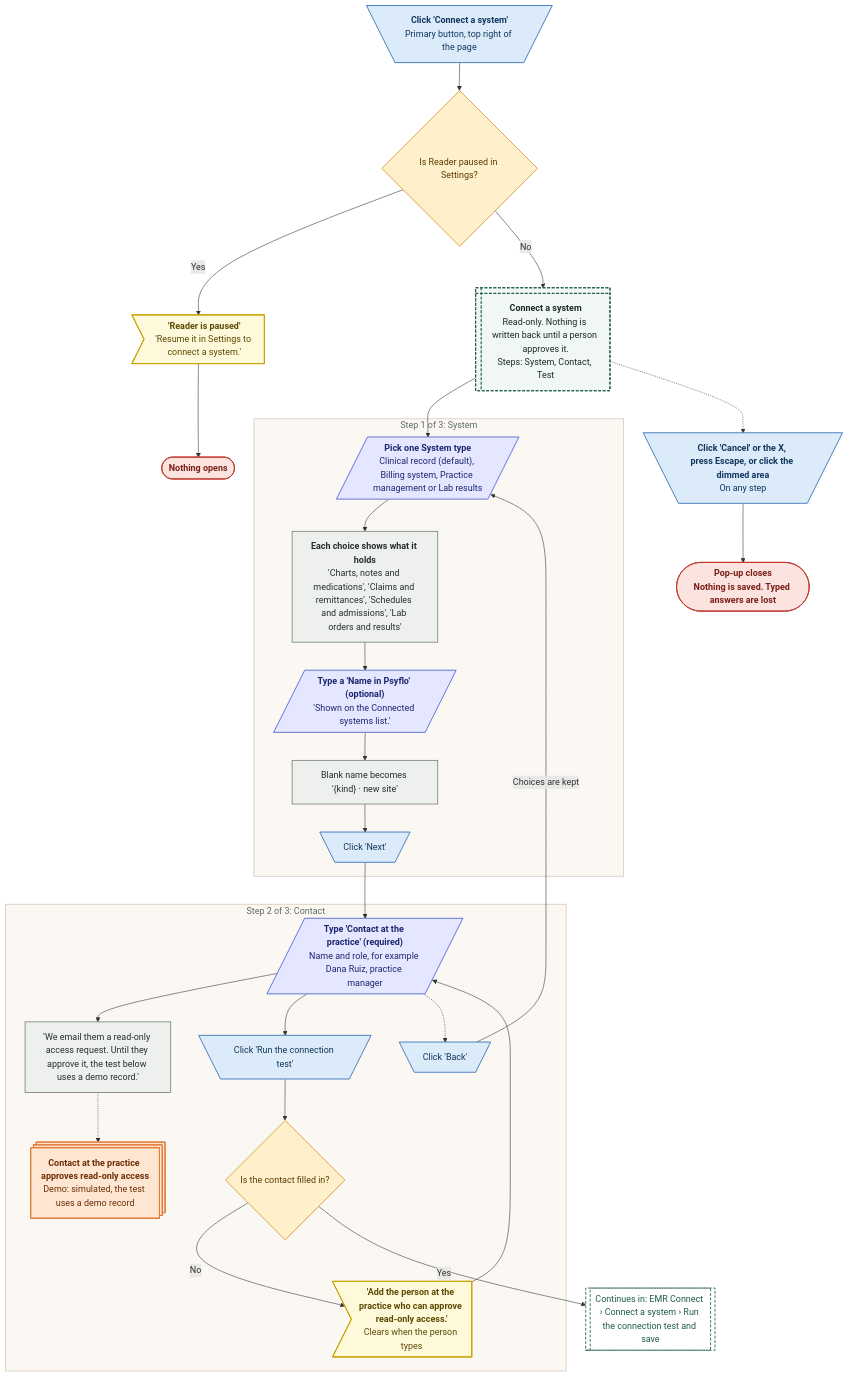
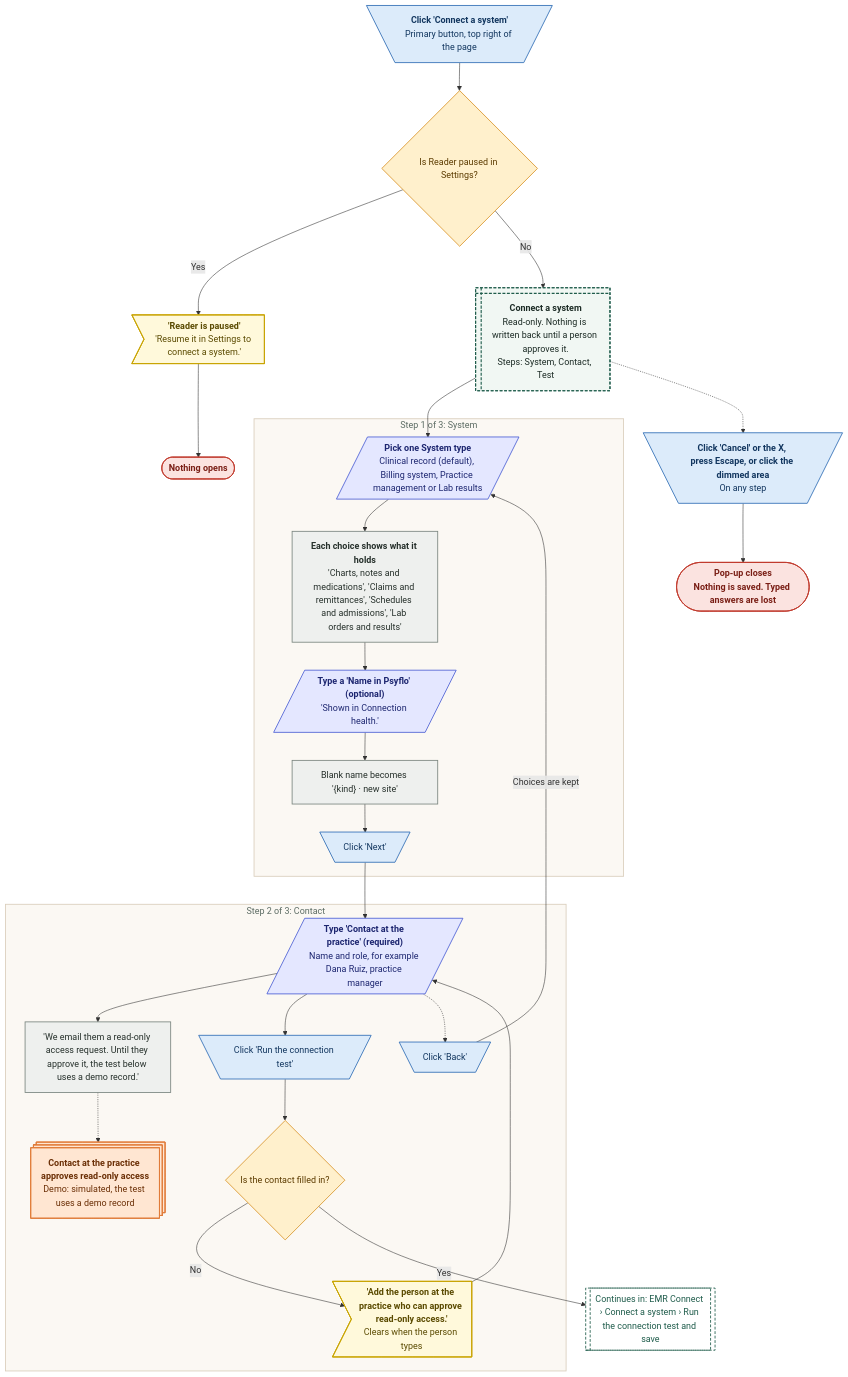
One commit to Shrav143/psyfloapp changed the diagram in demos/prior-auth-demo/workflows/out/mmd/09-emr-connect/40-connect-a-system.mmd. Above: the diagram before and after it, drawn with Mermaid. The commit also changed 192 other files, not shown here.

First line of the commit message:
docs: changelog by sidebar tab; README, diagrams and Settings layout aligned with the refinement; shared InfoTip; referral cost-share line

```diff
--- a/demos/prior-auth-demo/workflows/out/mmd/09-emr-connect/40-connect-a-system.mmd
+++ b/demos/prior-auth-demo/workflows/out/mmd/09-emr-connect/40-connect-a-system.mmd
@@ -1,67 +1,67 @@
 %%{init: {"theme":"base","themeVariables":{"fontFamily":"'DM Sans', 'Segoe UI', system-ui, sans-serif","fontSize":"15px","lineColor":"#5B6B63","primaryTextColor":"#1C2B25","clusterBkg":"#FBF8F3","clusterBorder":"#D9CDBB","edgeLabelBackground":"#FFFFFF"},"flowchart":{"curve":"basis","nodeSpacing":36,"rankSpacing":48,"padding":12,"htmlLabels":true,"useMaxWidth":false,"wrappingWidth":230}} }%%
 flowchart TD
   classDef k_start fill:#1F5C4B,stroke:#174638,color:#FFFFFF,stroke-width:1.5px,font-weight:600
   classDef k_end fill:#DDEFE3,stroke:#2E7D4F,color:#14502F,stroke-width:1.5px,font-weight:600
   classDef k_endx fill:#FBE3E0,stroke:#C0392B,color:#7A1F16,stroke-width:1.5px,font-weight:600
   classDef k_screen fill:#FFFDF8,stroke:#1F5C4B,color:#1C2B25,stroke-width:2px
   classDef k_overlay fill:#F1F7F3,stroke:#1F5C4B,color:#1C2B25,stroke-width:2px,stroke-dasharray:5 3
   classDef k_click fill:#DCEBFA,stroke:#2F6DB5,color:#12365F,stroke-width:1.5px
   classDef k_input fill:#E4E7FF,stroke:#4C5FD5,color:#1D2670,stroke-width:1.5px
   classDef k_process fill:#EEF0EE,stroke:#7A857F,color:#26302B,stroke-width:1.5px
   classDef k_agent fill:#EEE5FA,stroke:#7A4FC2,color:#341A63,stroke-width:1.5px
   classDef k_decision fill:#FFF0CC,stroke:#D9962B,color:#5C3B00,stroke-width:1.5px
   classDef k_store fill:#D5F0EA,stroke:#1C8E7B,color:#0B4A3F,stroke-width:1.5px
   classDef k_doc fill:#F6E9DC,stroke:#B07A4C,color:#4A2E14,stroke-width:1.5px
   classDef k_ext fill:#FFE6D2,stroke:#E07B39,color:#6B2F06,stroke-width:1.5px
   classDef k_wait fill:#E4E8EE,stroke:#6B7C93,color:#26303D,stroke-width:1.5px
   classDef k_toast fill:#FFF9DB,stroke:#C9A400,color:#5A4A00,stroke-width:1.5px
   classDef k_goto fill:#FFFFFF,stroke:#1F5C4B,color:#1F5C4B,stroke-width:1.5px,stroke-dasharray:5 3
   s1@{ shape: trap-t, label: "<b>Click 'Connect a system'</b><br/>Primary button, top right of the page" }
   qp@{ shape: diam, label: "Is Reader paused in Settings?" }
   tp@{ shape: odd, label: "<b>'Reader is paused'</b><br/>'Resume it in Settings to connect a system.'" }
   xp@{ shape: stadium, label: "Nothing opens" }
   o1@{ shape: win-pane, label: "<b>Connect a system</b><br/>Read-only. Nothing is written back until a person approves it.<br/>Steps: System, Contact, Test" }
   subgraph gS1 ["Step 1 of 3: System"]
   i1@{ shape: lean-r, label: "<b>Pick one System type</b><br/>Clinical record (default), Billing system, Practice management or Lab results" }
   p1@{ shape: rect, label: "<b>Each choice shows what it holds</b><br/>'Charts, notes and medications', 'Claims and remittances', 'Schedules and admissions', 'Lab orders and results'" }
-  i2@{ shape: lean-r, label: "<b>Type a 'Name in Psyflo' (optional)</b><br/>'Shown on the Connected systems list.'" }
+  i2@{ shape: lean-r, label: "<b>Type a 'Name in Psyflo' (optional)</b><br/>'Shown in Connection health.'" }
   p2@{ shape: rect, label: "Blank name becomes '{kind} · new site'" }
   c1@{ shape: trap-t, label: "Click 'Next'" }
   end
   subgraph gS2 ["Step 2 of 3: Contact"]
   i3@{ shape: lean-r, label: "<b>Type 'Contact at the practice' (required)</b><br/>Name and role, for example Dana Ruiz, practice manager" }
   p3@{ shape: rect, label: "'We email them a read-only access request. Until they approve it, the test below uses a demo record.'" }
   x1@{ shape: st-rect, label: "<b>Contact at the practice approves read-only access</b><br/>Demo: simulated, the test uses a demo record" }
   c2@{ shape: trap-t, label: "Click 'Run the connection test'" }
   q1@{ shape: diam, label: "Is the contact filled in?" }
   t1@{ shape: odd, label: "<b>'Add the person at the practice who can approve read-only access.'</b><br/>Clears when the person types" }
   c3@{ shape: trap-t, label: "Click 'Back'" }
   end
   cx@{ shape: trap-t, label: "<b>Click 'Cancel' or the X, press Escape, or click the dimmed area</b><br/>On any step" }
   e1@{ shape: stadium, label: "<b>Pop-up closes</b><br/>Nothing is saved. Typed answers are lost" }
   g1@{ shape: subproc, label: "Continues in: EMR Connect › Connect a system › Run the connection test and save" }
   s1 --> qp
   qp -->|"Yes"| tp --> xp
   qp -->|"No"| o1 --> i1
   i1 --> p1 --> i2 --> p2 --> c1
   c1 --> i3
   i3 --> p3
   p3 -.-> x1
   i3 --> c2 --> q1
   q1 -->|"No"| t1 --> i3
   q1 -->|"Yes"| g1
   i3 -.-> c3
   c3 -->|"Choices are kept"| i1
   o1 -.-> cx
   cx --> e1
   class s1,c1,c2,c3,cx k_click
   class qp,q1 k_decision
   class tp,t1 k_toast
   class xp,e1 k_endx
   class o1 k_overlay
   class i1,i2,i3 k_input
   class p1,p2,p3 k_process
   class x1 k_ext
   class g1 k_goto
   style gS1 fill:#FBF8F3,stroke:#D9CDBB,stroke-width:1.5px,color:#5B6B63
   style gS2 fill:#FBF8F3,stroke:#D9CDBB,stroke-width:1.5px,color:#5B6B63
```
